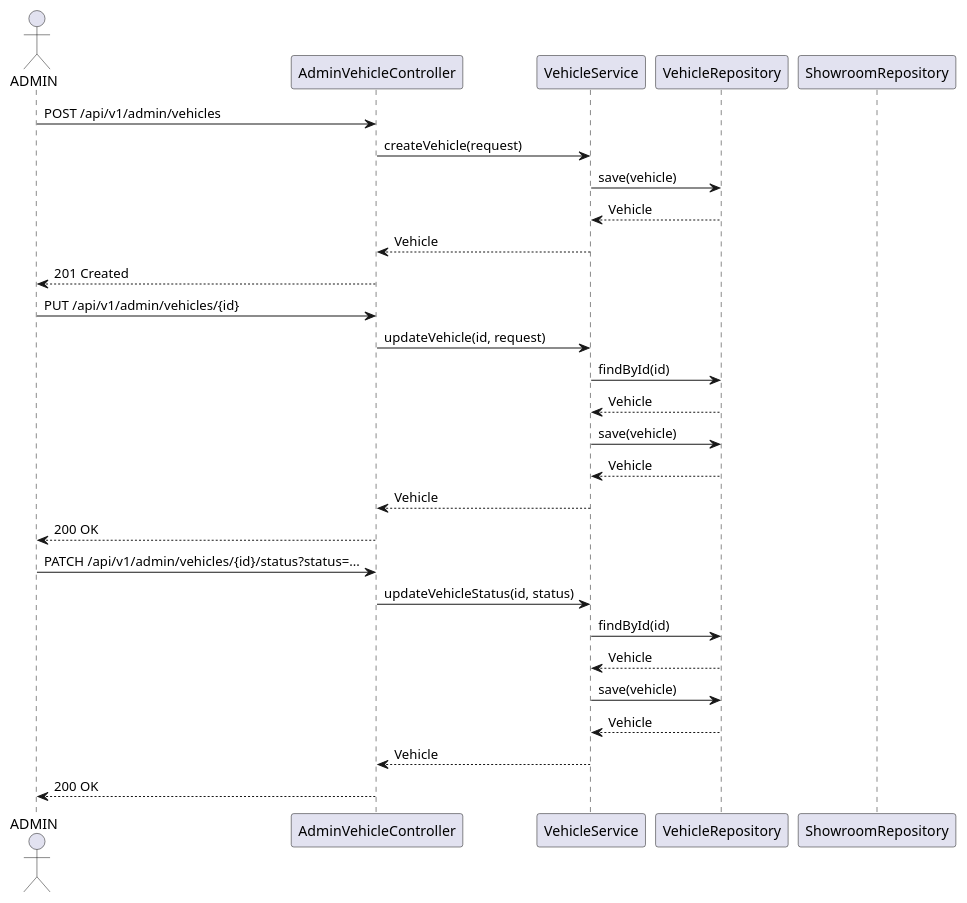
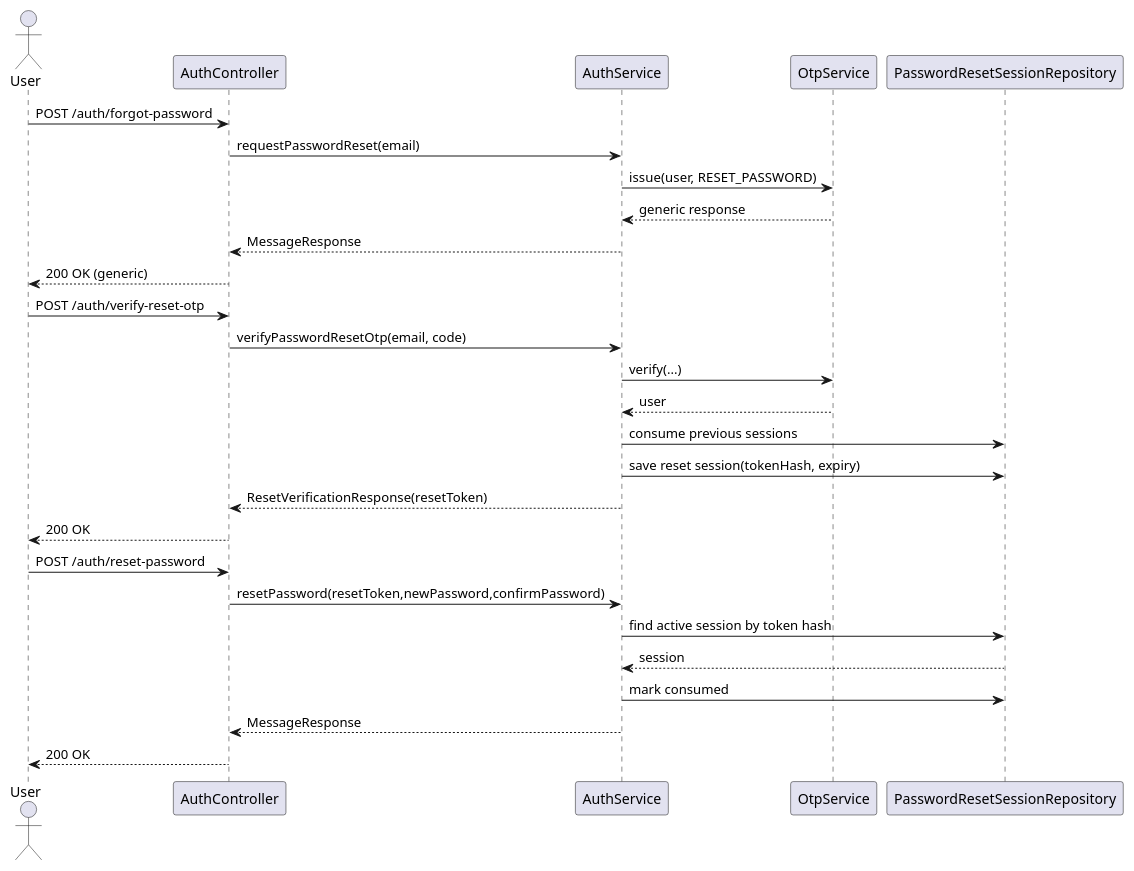
The third of 9 diagrams in docs/UML/Sequence_Diagrams.md (Trung-Khang/AutoTrade), drawn with PlantUML before and after one commit. The commit also changed other lines of this file and 9 other files, not shown here.

Commit message:
docs(TV5): cập nhật tài liệu UML, CSDL, SRS và báo cáo tiến độ TV5 - Sáng 1/10/2026

````diff
--- a/docs/UML/Sequence_Diagrams.md
+++ b/docs/UML/Sequence_Diagrams.md
@@ -58,34 +69,33 @@
 ```plantuml
 @startuml
-actor ADMIN
-participant "AdminVehicleController" as C
-participant "VehicleService" as S
-participant "VehicleRepository" as R
-participant "ShowroomRepository" as SR
+actor User
+participant "AuthController" as C
+participant "AuthService" as S
+participant "OtpService" as O
+participant "PasswordResetSessionRepository" as PR
 
-ADMIN -> C: POST /api/v1/admin/vehicles
-C -> S: createVehicle(request)
-S -> R: save(vehicle)
-R --> S: Vehicle
-S --> C: Vehicle
-C --> ADMIN: 201 Created
+User -> C: POST /auth/forgot-password
+C -> S: requestPasswordReset(email)
+S -> O: issue(user, RESET_PASSWORD)
+O --> S: generic response
+S --> C: MessageResponse
+C --> User: 200 OK (generic)
 
-ADMIN -> C: PUT /api/v1/admin/vehicles/{id}
-C -> S: updateVehicle(id, request)
-S -> R: findById(id)
-R --> S: Vehicle
-S -> R: save(vehicle)
-R --> S: Vehicle
-S --> C: Vehicle
-C --> ADMIN: 200 OK
+User -> C: POST /auth/verify-reset-otp
+C -> S: verifyPasswordResetOtp(email, code)
+S -> O: verify(...)
+O --> S: user
+S -> PR: consume previous sessions
+S -> PR: save reset session(tokenHash, expiry)
+S --> C: ResetVerificationResponse(resetToken)
+C --> User: 200 OK
 
-ADMIN -> C: PATCH /api/v1/admin/vehicles/{id}/status?status=...
-C -> S: updateVehicleStatus(id, status)
-S -> R: findById(id)
-R --> S: Vehicle
-S -> R: save(vehicle)
-R --> S: Vehicle
-S --> C: Vehicle
-C --> ADMIN: 200 OK
+User -> C: POST /auth/reset-password
+C -> S: resetPassword(resetToken,newPassword,confirmPassword)
+S -> PR: find active session by token hash
+PR --> S: session
+S -> PR: mark consumed
+S --> C: MessageResponse
+C --> User: 200 OK
 @enduml
 ```
````
